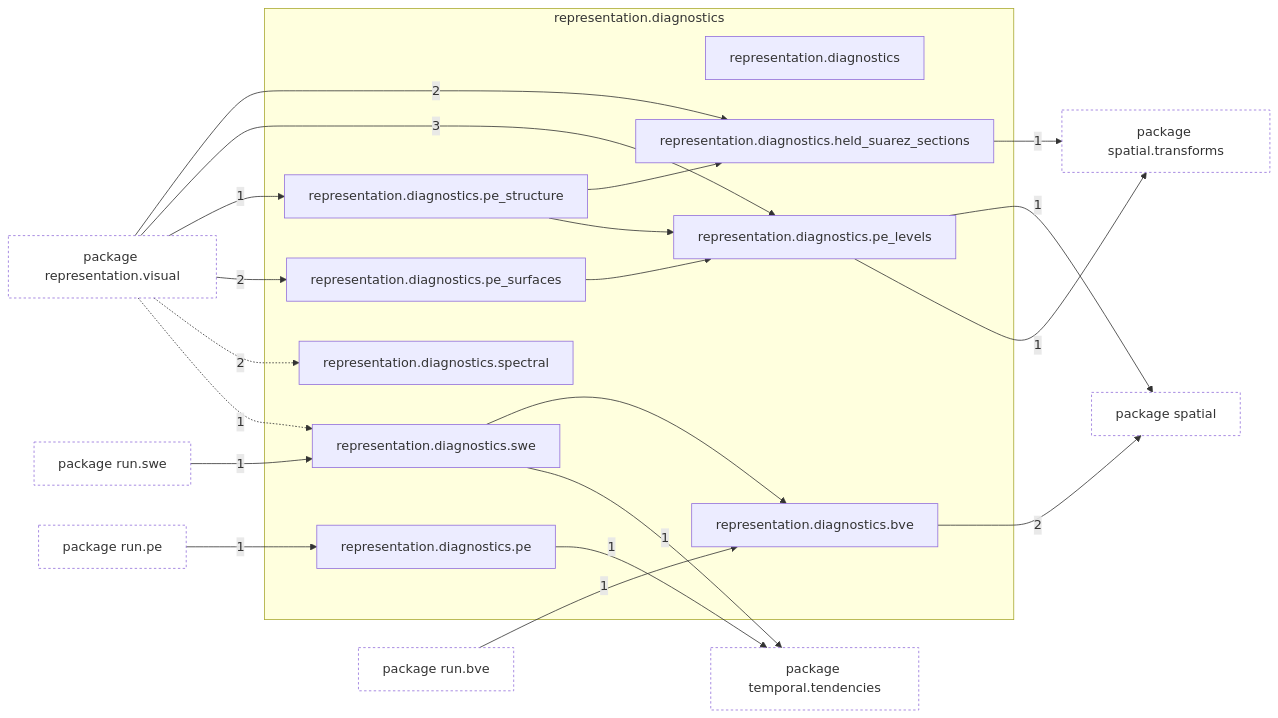
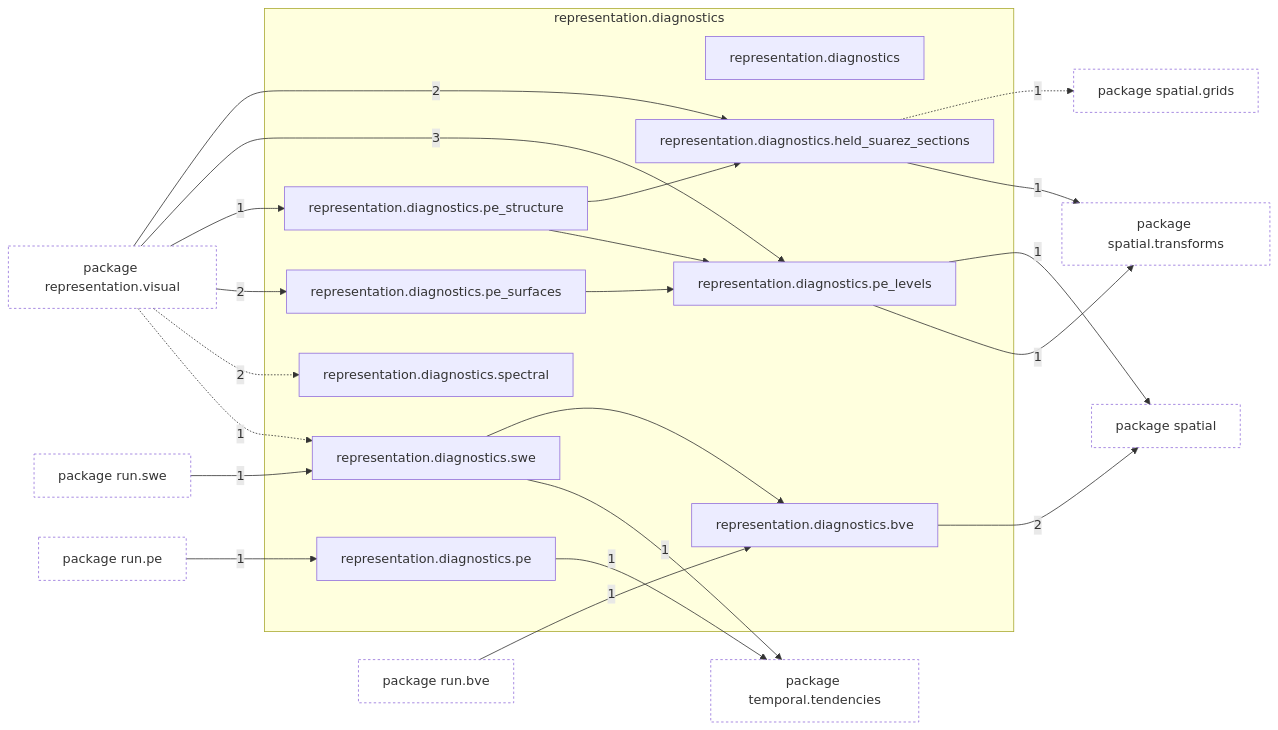
The first of 2 diagrams in docs/architecture/current/packages/tropoi.representation.diagnostics.md (AlexandreEros/Palintropos), drawn with Mermaid before and after one commit. The commit also changed 47 other files, not shown here.

````diff
--- a/docs/architecture/current/packages/tropoi.representation.diagnostics.md
+++ b/docs/architecture/current/packages/tropoi.representation.diagnostics.md
@@ -27,50 +27,53 @@
 ```mermaid
 %% Generated by tools.architecture 2.3.0. Do not edit by hand.
 %% Modules of tropoi.representation.diagnostics with imports in and out
 flowchart LR
     subgraph g_tropoi_orepresentation_odiagnostics["representation.diagnostics"]
         n_tropoi_orepresentation_odiagnostics["representation.diagnostics"]
         n_tropoi_orepresentation_odiagnostics_obve["representation.diagnostics.bve"]
         n_tropoi_orepresentation_odiagnostics_oheld__suarez__sections["representation.diagnostics.held#95;suarez#95;sections"]
         n_tropoi_orepresentation_odiagnostics_ope["representation.diagnostics.pe"]
         n_tropoi_orepresentation_odiagnostics_ope__levels["representation.diagnostics.pe#95;levels"]
         n_tropoi_orepresentation_odiagnostics_ope__structure["representation.diagnostics.pe#95;structure"]
         n_tropoi_orepresentation_odiagnostics_ope__surfaces["representation.diagnostics.pe#95;surfaces"]
         n_tropoi_orepresentation_odiagnostics_ospectral["representation.diagnostics.spectral"]
         n_tropoi_orepresentation_odiagnostics_oswe["representation.diagnostics.swe"]
     end
     p_tropoi_orepresentation_ovisual["package representation.visual"]
     p_tropoi_orun_obve["package run.bve"]
     p_tropoi_orun_ope["package run.pe"]
     p_tropoi_orun_oswe["package run.swe"]
     p_tropoi_ospatial["package spatial"]
+    p_tropoi_ospatial_ogrids["package spatial.grids"]
     p_tropoi_ospatial_otransforms["package spatial.transforms"]
     p_tropoi_otemporal_otendencies["package temporal.tendencies"]
     n_tropoi_orepresentation_odiagnostics_ope__structure --> n_tropoi_orepresentation_odiagnostics_oheld__suarez__sections
     n_tropoi_orepresentation_odiagnostics_ope__structure --> n_tropoi_orepresentation_odiagnostics_ope__levels
     n_tropoi_orepresentation_odiagnostics_ope__surfaces --> n_tropoi_orepresentation_odiagnostics_ope__levels
     n_tropoi_orepresentation_odiagnostics_oswe --> n_tropoi_orepresentation_odiagnostics_obve
     p_tropoi_orepresentation_ovisual -->|2| n_tropoi_orepresentation_odiagnostics_oheld__suarez__sections
     p_tropoi_orepresentation_ovisual -->|3| n_tropoi_orepresentation_odiagnostics_ope__levels
     p_tropoi_orepresentation_ovisual -->|1| n_tropoi_orepresentation_odiagnostics_ope__structure
     p_tropoi_orepresentation_ovisual -->|2| n_tropoi_orepresentation_odiagnostics_ope__surfaces
     p_tropoi_orepresentation_ovisual -.->|2| n_tropoi_orepresentation_odiagnostics_ospectral
     p_tropoi_orepresentation_ovisual -.->|1| n_tropoi_orepresentation_odiagnostics_oswe
     p_tropoi_orun_obve -->|1| n_tropoi_orepresentation_odiagnostics_obve
     p_tropoi_orun_ope -->|1| n_tropoi_orepresentation_odiagnostics_ope
     p_tropoi_orun_oswe -->|1| n_tropoi_orepresentation_odiagnostics_oswe
     n_tropoi_orepresentation_odiagnostics_obve -->|2| p_tropoi_ospatial
+    n_tropoi_orepresentation_odiagnostics_oheld__suarez__sections -.->|1| p_tropoi_ospatial_ogrids
     n_tropoi_orepresentation_odiagnostics_oheld__suarez__sections -->|1| p_tropoi_ospatial_otransforms
     n_tropoi_orepresentation_odiagnostics_ope -->|1| p_tropoi_otemporal_otendencies
     n_tropoi_orepresentation_odiagnostics_ope__levels -->|1| p_tropoi_ospatial
     n_tropoi_orepresentation_odiagnostics_ope__levels -->|1| p_tropoi_ospatial_otransforms
     n_tropoi_orepresentation_odiagnostics_oswe -->|1| p_tropoi_otemporal_otendencies
     classDef other fill:none,stroke-dasharray:3 3
     class p_tropoi_orepresentation_ovisual other
     class p_tropoi_orun_obve other
     class p_tropoi_orun_ope other
     class p_tropoi_orun_oswe other
     class p_tropoi_ospatial other
+    class p_tropoi_ospatial_ogrids other
     class p_tropoi_ospatial_otransforms other
     class p_tropoi_otemporal_otendencies other
 ```
````
